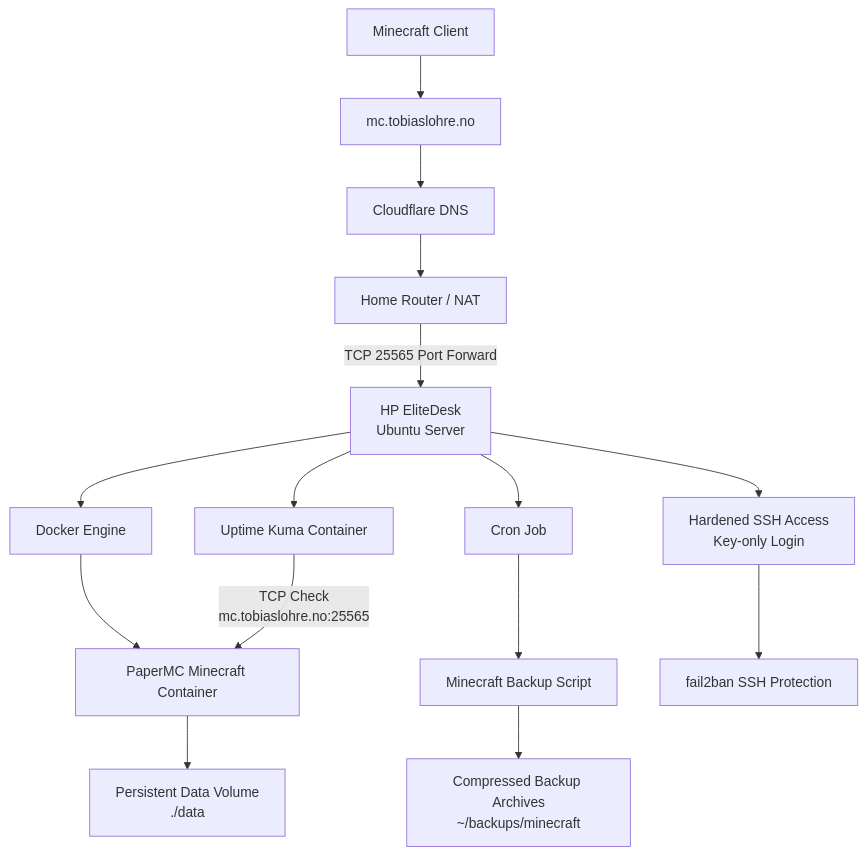
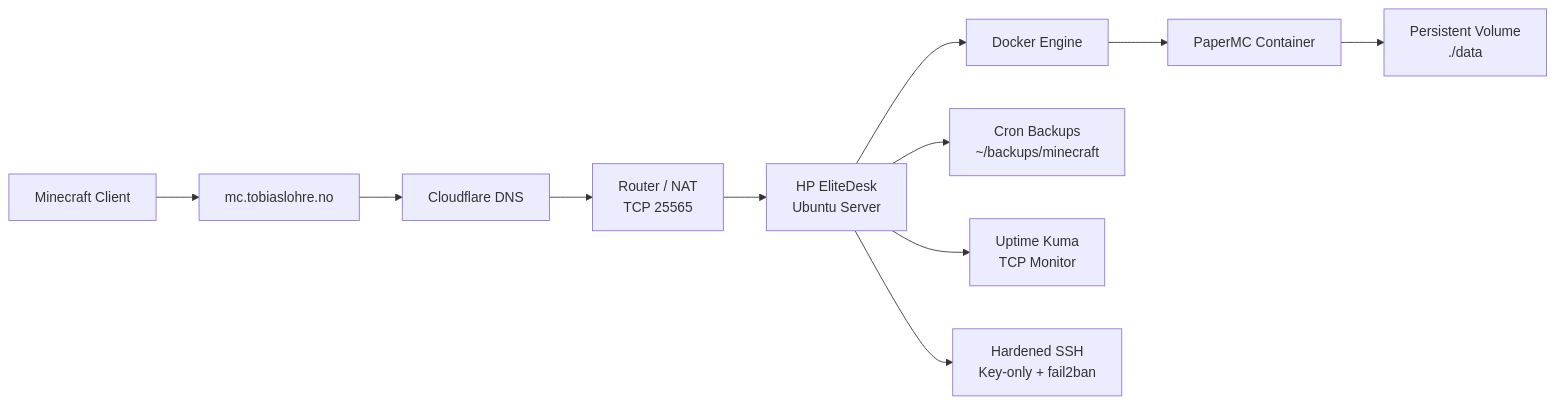
Before and after one commit to Tobiaslohre/docker-minecraft-homelab: the diagram in README.md, drawn with Mermaid.

````diff
--- a/README.md
+++ b/README.md
@@ -11,22 +11,15 @@
 ```mermaid
-graph TD
-
-    Player[Minecraft Client] --> DNS[mc.tobiaslohre.no]
-    DNS --> Cloudflare[Cloudflare DNS]
-    Cloudflare --> Router[Home Router / NAT]
-    Router -->|TCP 25565 Port Forward| Host[HP EliteDesk<br>Ubuntu Server]
+graph LR
+    Client[Minecraft Client] --> DNS[mc.tobiaslohre.no]
+    DNS --> CF[Cloudflare DNS]
+    CF --> Router[Router / NAT<br>TCP 25565]
+    Router --> Host[HP EliteDesk<br>Ubuntu Server]
 
     Host --> Docker[Docker Engine]
-    Docker --> Minecraft[PaperMC Minecraft Container]
-    Minecraft --> Volume[Persistent Data Volume<br>./data]
+    Docker --> MC[PaperMC Container]
+    MC --> Data[Persistent Volume<br>./data]
 
-    Host --> Cron[Cron Job]
-    Cron --> BackupScript[Minecraft Backup Script]
-    BackupScript --> BackupFiles[Compressed Backup Archives<br>~/backups/minecraft]
-
-    Host --> Kuma[Uptime Kuma Container]
-    Kuma -->|TCP Check<br>mc.tobiaslohre.no:25565| Minecraft
-
-    Host --> SSH[Hardened SSH Access<br>Key-only Login]
-    SSH --> Fail2ban[fail2ban SSH Protection]
+    Host --> Backup[Cron Backups<br>~/backups/minecraft]
+    Host --> Kuma[Uptime Kuma<br>TCP Monitor]
+    Host --> SSH[Hardened SSH<br>Key-only + fail2ban]
 ```
````
